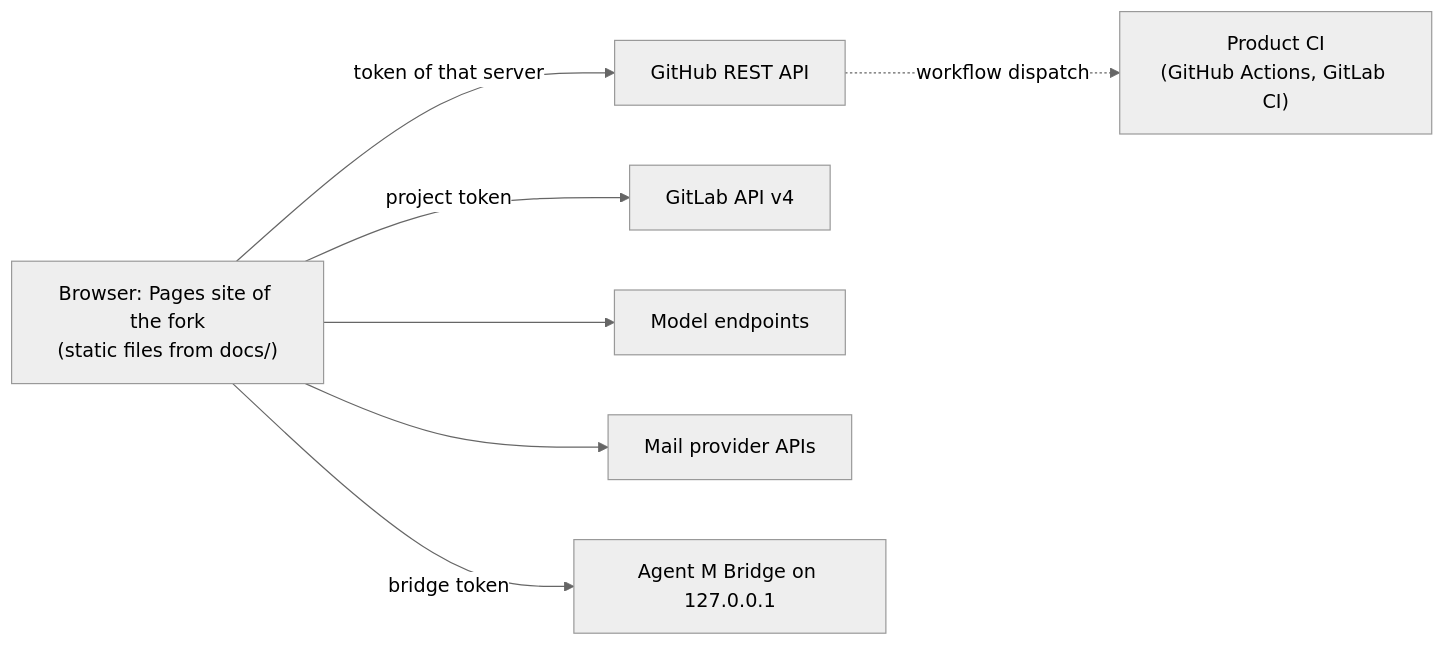
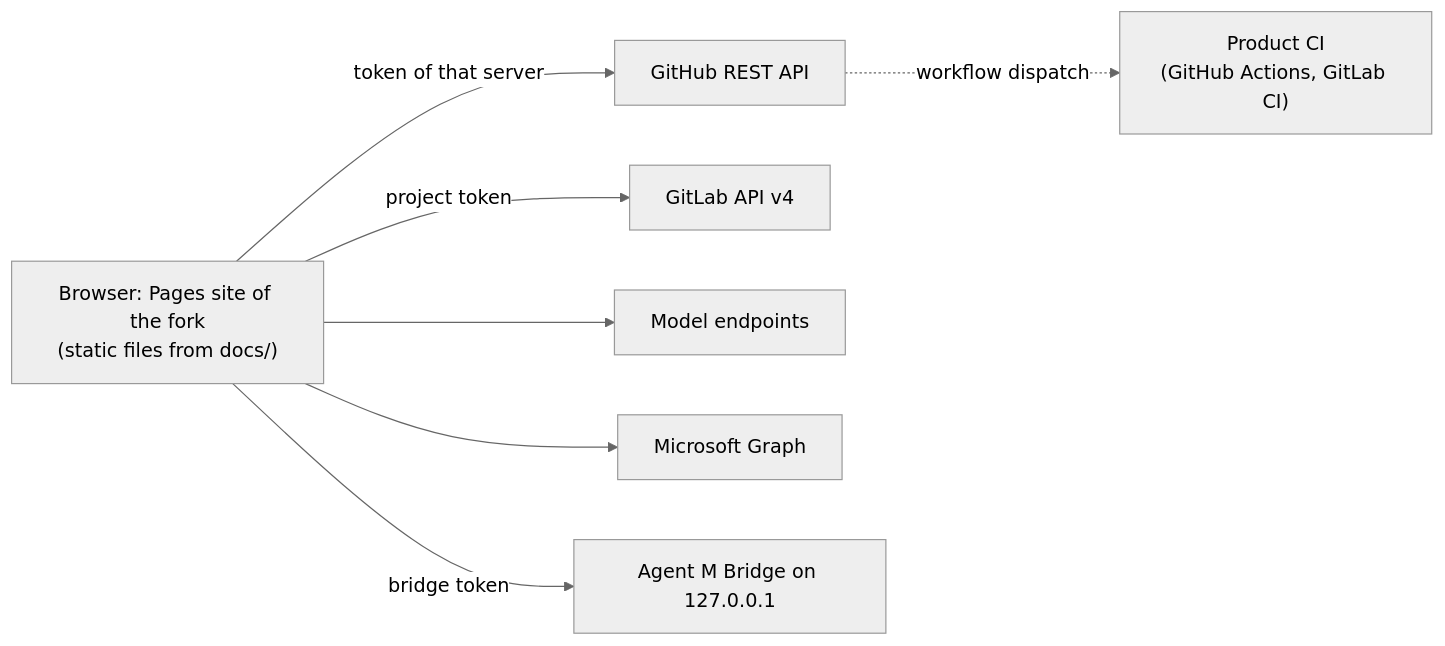
One commit to akmaier/agent-m changed the diagram in docs/architecture/ARC-001-static-site-no-server.md. Above: the diagram before and after it, drawn with Mermaid (neutral theme). The commit also changed other lines of this file and 23 other files, not shown here.

First line of the commit message:
docs(architecture): align ARC and MOD files with the SPEC, use cases and measurement of 2026-09-30

````diff
--- a/docs/architecture/ARC-001-static-site-no-server.md
+++ b/docs/architecture/ARC-001-static-site-no-server.md
@@ -46,16 +48,16 @@
 ```mermaid
 flowchart LR
     B["Browser: Pages site of the fork<br/>(static files from docs/)"]
     GH["GitHub REST API"]
     GL["GitLab API v4"]
     EP["Model endpoints"]
-    MA["Mail provider APIs"]
+    MA["Microsoft Graph"]
     BR["Agent M Bridge on 127.0.0.1"]
     CI["Product CI<br/>(GitHub Actions, GitLab CI)"]
     B -->|token of that server| GH
     B -->|project token| GL
     B --> EP
     B --> MA
     B -->|bridge token| BR
     GH -. workflow dispatch .-> CI
 ```
````
